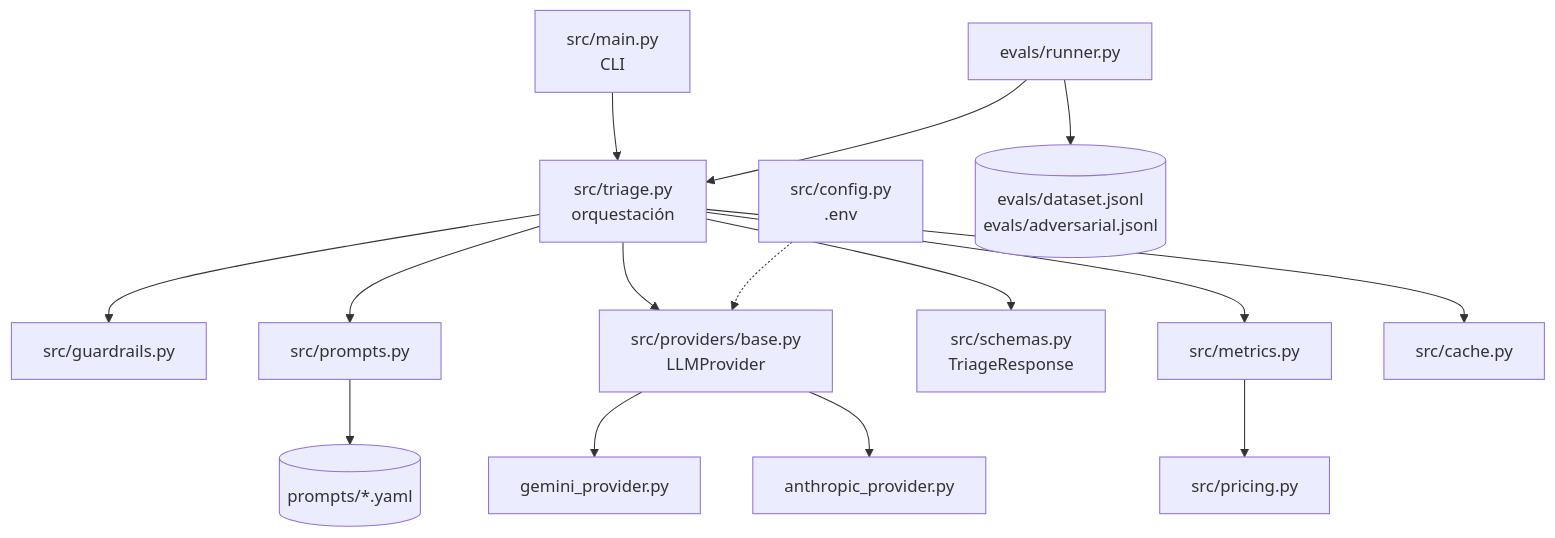
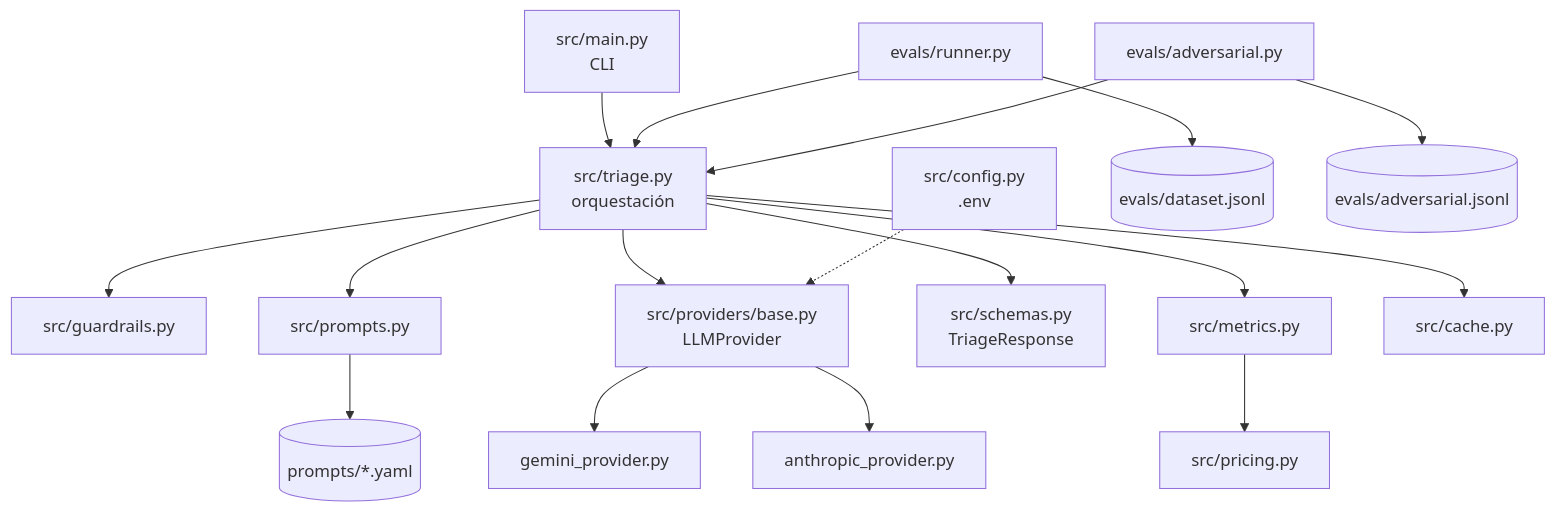
One commit to bryan-delacruz/nubbix-triage changed the second of 2 diagrams in README.md. Above: the diagram before and after it, drawn with Mermaid. The commit also changed other lines of this file and 1 other file, not shown here.

````diff
--- a/README.md
+++ b/README.md
@@ -108,15 +111,17 @@
 ```mermaid
 flowchart TB
     main[src/main.py<br/>CLI] --> triage[src/triage.py<br/>orquestación]
     triage --> guard[src/guardrails.py]
     triage --> prompts[src/prompts.py] --> yaml[(prompts/*.yaml)]
     triage --> base[src/providers/base.py<br/>LLMProvider]
     base --> ge[gemini_provider.py]
     base --> an[anthropic_provider.py]
     triage --> schemas[src/schemas.py<br/>TriageResponse]
     triage --> metrics[src/metrics.py] --> pricing[src/pricing.py]
     triage --> cache[src/cache.py]
     config[src/config.py<br/>.env] -.-> base
     runner[evals/runner.py] --> triage
-    runner --> ds[(evals/dataset.jsonl<br/>evals/adversarial.jsonl)]
+    runner --> ds[(evals/dataset.jsonl)]
+    adv[evals/adversarial.py] --> triage
+    adv --> ads[(evals/adversarial.jsonl)]
 ```
````
